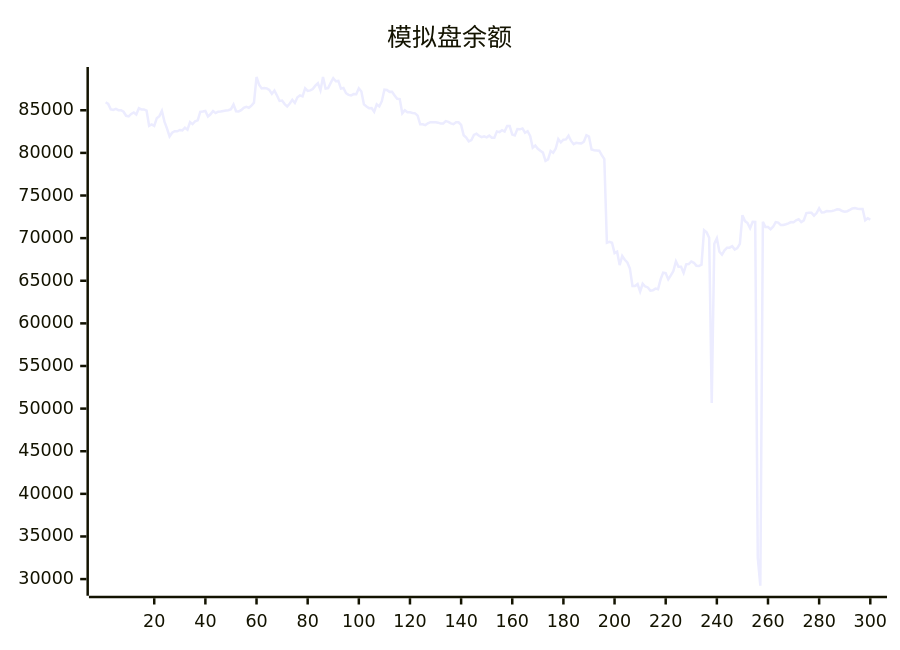
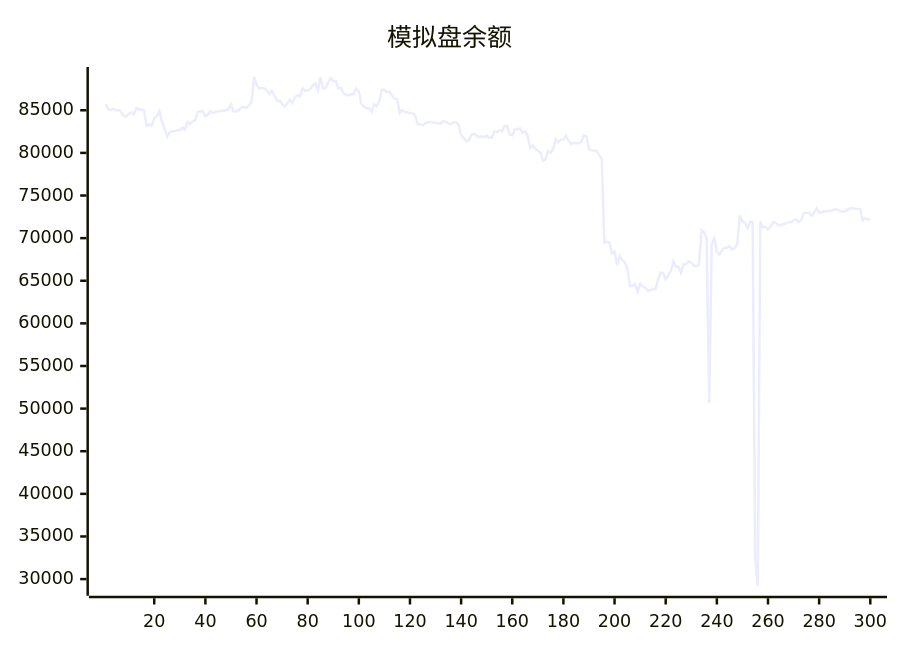
The diagram in README.md (aahl/ai-trading), drawn with Mermaid before and after one commit. The commit also changed other lines of this file and 1 other file, not shown here.

````diff
--- a/README.md
+++ b/README.md
@@ -5,5 +5,5 @@
 ```mermaid
 xychart
     title "模拟盘余额"
-    line [85938,85749,85111,85044,85164,85016,85008,84824,84354,84287,84572,84745,84500,85234,85096,85095,84970,83180,83338,83157,84070,84309,84922,83667,82850,81924,82369,82552,82539,82695,82648,82962,82728,83619,83378,83710,83825,84819,84854,84917,84265,84527,84919,84668,84834,84850,84916,84981,85004,85131,85674,84891,84864,85019,85284,85393,85294,85538,85894,88904,88012,87567,87625,87568,87386,86920,87313,86737,86094,86143,85725,85437,85787,86219,85859,86526,86740,86630,87563,87264,87335,87483,87886,88180,87335,88894,87544,87608,88207,88755,88401,88444,87543,87608,87000,86810,86740,86894,86884,87576,87209,85686,85435,85251,85255,84820,85689,85453,86066,87420,87373,87161,87178,86740,86341,86315,84643,85012,84772,84768,84690,84635,84376,83360,83357,83259,83474,83608,83606,83602,83548,83440,83454,83724,83644,83464,83365,83590,83592,83275,82072,81806,81344,81492,82109,82254,82006,81848,81955,81829,82022,81769,81776,82522,82441,82656,82498,83144,83144,82150,82038,82797,82763,82872,82367,82536,81981,80612,80862,80484,80242,80034,79063,79245,80226,80016,80507,81625,81233,81544,81578,82016,81401,81019,81186,81130,81118,81306,82066,81909,80392,80304,80291,80258,79729,79261,69466,69579,69456,68251,68415,66832,67911,67462,67144,66432,64380,64375,64606,63740,64647,64324,64216,63842,63877,64078,64008,65156,65945,65888,65157,65625,66144,67284,66653,66639,65924,66925,66956,67263,67108,66766,66729,66886,70927,70673,70049,50652,69334,69973,68400,68061,68578,68876,68879,69055,68662,68822,69329,72687,71999,71760,71162,71911,71896,32500,29218,71927,71297,71305,71044,71337,71883,71822,71536,71536,71622,71723,71880,71860,72100,72216,71887,72077,72940,72976,72966,72638,72948,73497,73004,73041,73173,73160,73186,73258,73375,73351,73173,73098,73161,73305,73474,73536,73457,73413,73412,72100,72333,72164]
+    line [85749,85111,85044,85164,85016,85008,84824,84354,84287,84572,84745,84500,85234,85096,85095,84970,83180,83338,83157,84070,84309,84922,83667,82850,81924,82369,82552,82539,82695,82648,82962,82728,83619,83378,83710,83825,84819,84854,84917,84265,84527,84919,84668,84834,84850,84916,84981,85004,85131,85674,84891,84864,85019,85284,85393,85294,85538,85894,88904,88012,87567,87625,87568,87386,86920,87313,86737,86094,86143,85725,85437,85787,86219,85859,86526,86740,86630,87563,87264,87335,87483,87886,88180,87335,88894,87544,87608,88207,88755,88401,88444,87543,87608,87000,86810,86740,86894,86884,87576,87209,85686,85435,85251,85255,84820,85689,85453,86066,87420,87373,87161,87178,86740,86341,86315,84643,85012,84772,84768,84690,84635,84376,83360,83357,83259,83474,83608,83606,83602,83548,83440,83454,83724,83644,83464,83365,83590,83592,83275,82072,81806,81344,81492,82109,82254,82006,81848,81955,81829,82022,81769,81776,82522,82441,82656,82498,83144,83144,82150,82038,82797,82763,82872,82367,82536,81981,80612,80862,80484,80242,80034,79063,79245,80226,80016,80507,81625,81233,81544,81578,82016,81401,81019,81186,81130,81118,81306,82066,81909,80392,80304,80291,80258,79729,79261,69466,69579,69456,68251,68415,66832,67911,67462,67144,66432,64380,64375,64606,63740,64647,64324,64216,63842,63877,64078,64008,65156,65945,65888,65157,65625,66144,67284,66653,66639,65924,66925,66956,67263,67108,66766,66729,66886,70927,70673,70049,50652,69334,69973,68400,68061,68578,68876,68879,69055,68662,68822,69329,72687,71999,71760,71162,71911,71896,32500,29218,71927,71297,71305,71044,71337,71883,71822,71536,71536,71622,71723,71880,71860,72100,72216,71887,72077,72940,72976,72966,72638,72948,73497,73004,73041,73173,73160,73186,73258,73375,73351,73173,73098,73161,73305,73474,73536,73457,73413,73412,72100,72333,72164,72272]
 ```
````
